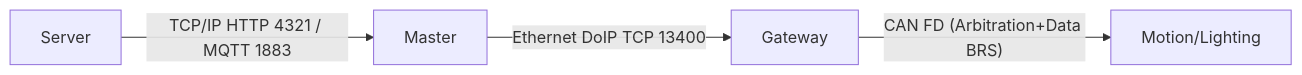
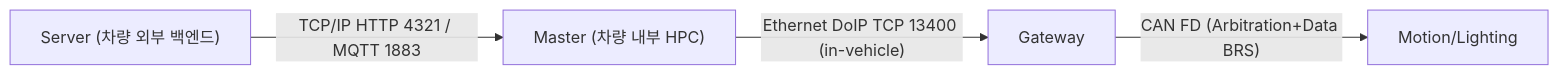
The sixth of 6 diagrams in docs/02_system_architecture.md (kdt-fibonacci/fota-reprogramming), drawn with Mermaid before and after one commit. The commit also changed other lines of this file and 8 other files, not shown here.

````diff
--- a/docs/02_system_architecture.md
+++ b/docs/02_system_architecture.md
@@ -178,6 +185,6 @@
 ```mermaid
 flowchart LR
-    A["Server"] -- "TCP/IP HTTP 4321 / MQTT 1883" --> B["Master"]
-    B -- "Ethernet DoIP TCP 13400" --> C["Gateway"]
+    A["Server (차량 외부 백엔드)"] -- "TCP/IP HTTP 4321 / MQTT 1883" --> B["Master (차량 내부 HPC)"]
+    B -- "Ethernet DoIP TCP 13400 (in-vehicle)" --> C["Gateway"]
     C -- "CAN FD (Arbitration+Data BRS)" --> D["Motion/Lighting"]
 ```
````
